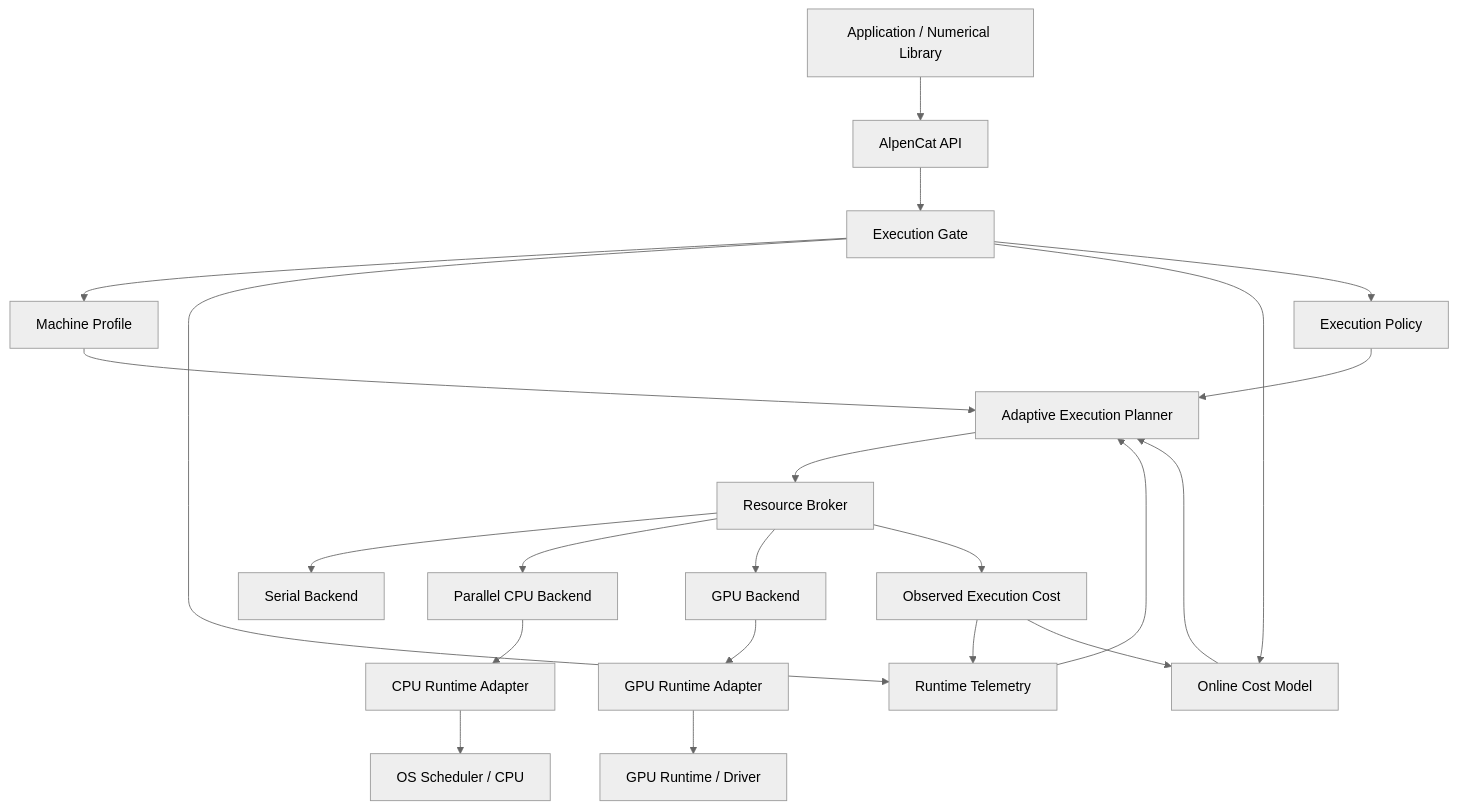
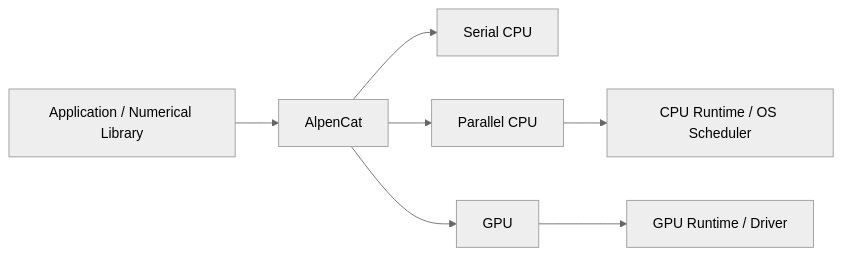
One commit to Johnny-Kao/AlpenCat changed the second of 4 diagrams in README.md. Above: the diagram before and after it, drawn with Mermaid (neutral theme). The commit also changed other lines of this file, not shown here.

Commit message:
docs: simplify AlpenCat architecture diagrams

````diff
--- a/README.md
+++ b/README.md
@@ -129,31 +131,11 @@
 ```mermaid
-flowchart TD
-    A["Application / Numerical Library"] --> B["AlpenCat API"]
-    B --> C["Execution Gate"]
+flowchart LR
+    A["Application / Numerical Library"] --> B["AlpenCat"]
 
-    C --> D["Machine Profile"]
-    C --> E["Runtime Telemetry"]
-    C --> F["Online Cost Model"]
-    C --> G["Execution Policy"]
+    B --> C["Serial CPU"]
+    B --> D["Parallel CPU"]
+    B --> E["GPU"]
 
-    D --> H["Adaptive Execution Planner"]
-    E --> H
-    F --> H
-    G --> H
-
-    H --> I["Resource Broker"]
-
-    I --> J["Serial Backend"]
-    I --> K["Parallel CPU Backend"]
-    I --> L["GPU Backend"]
-
-    K --> M["CPU Runtime Adapter"]
-    L --> N["GPU Runtime Adapter"]
-
-    M --> O["OS Scheduler / CPU"]
-    N --> P["GPU Runtime / Driver"]
-
-    I --> Q["Observed Execution Cost"]
-    Q --> E
-    Q --> F
+    D --> F["CPU Runtime / OS Scheduler"]
+    E --> G["GPU Runtime / Driver"]
 ```
````
